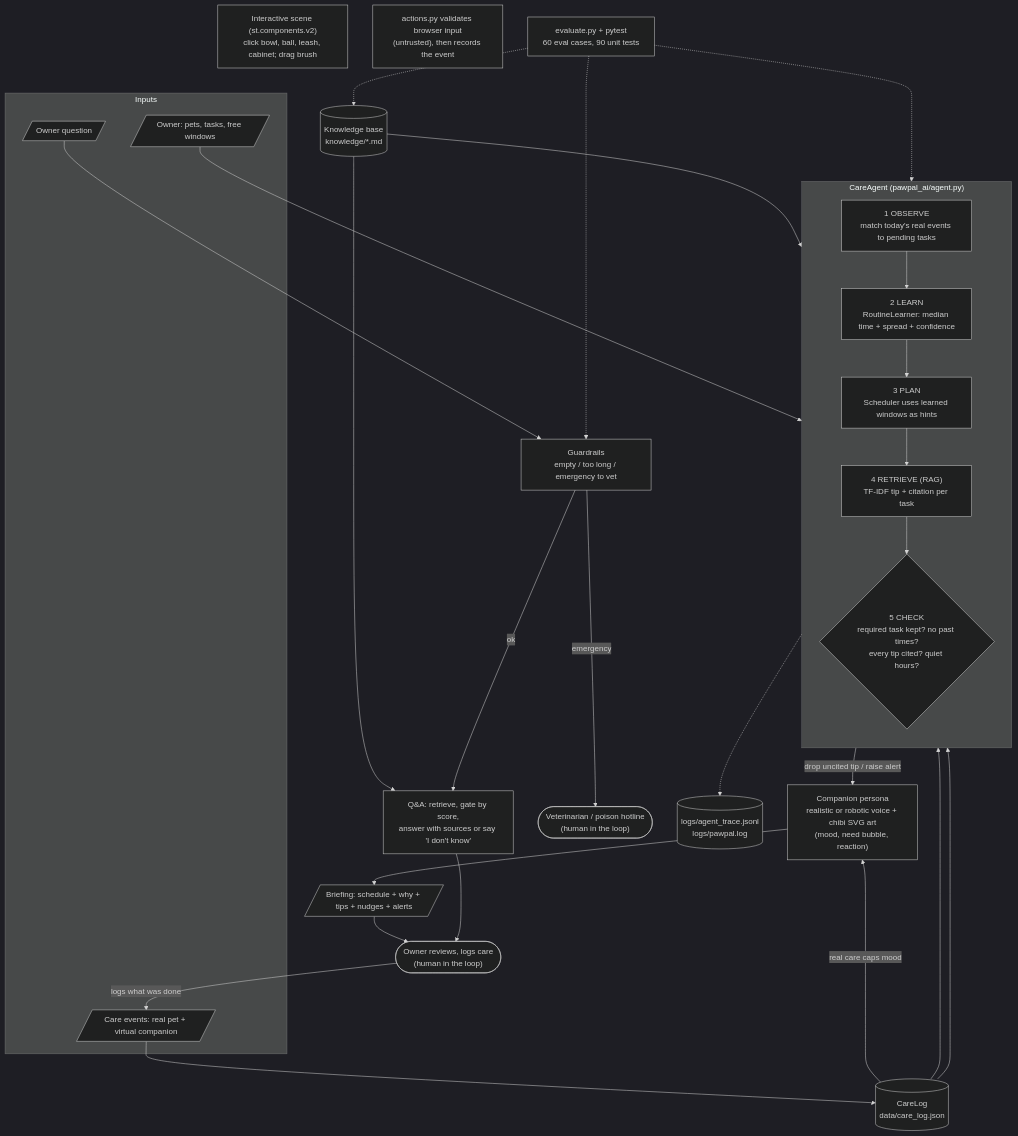
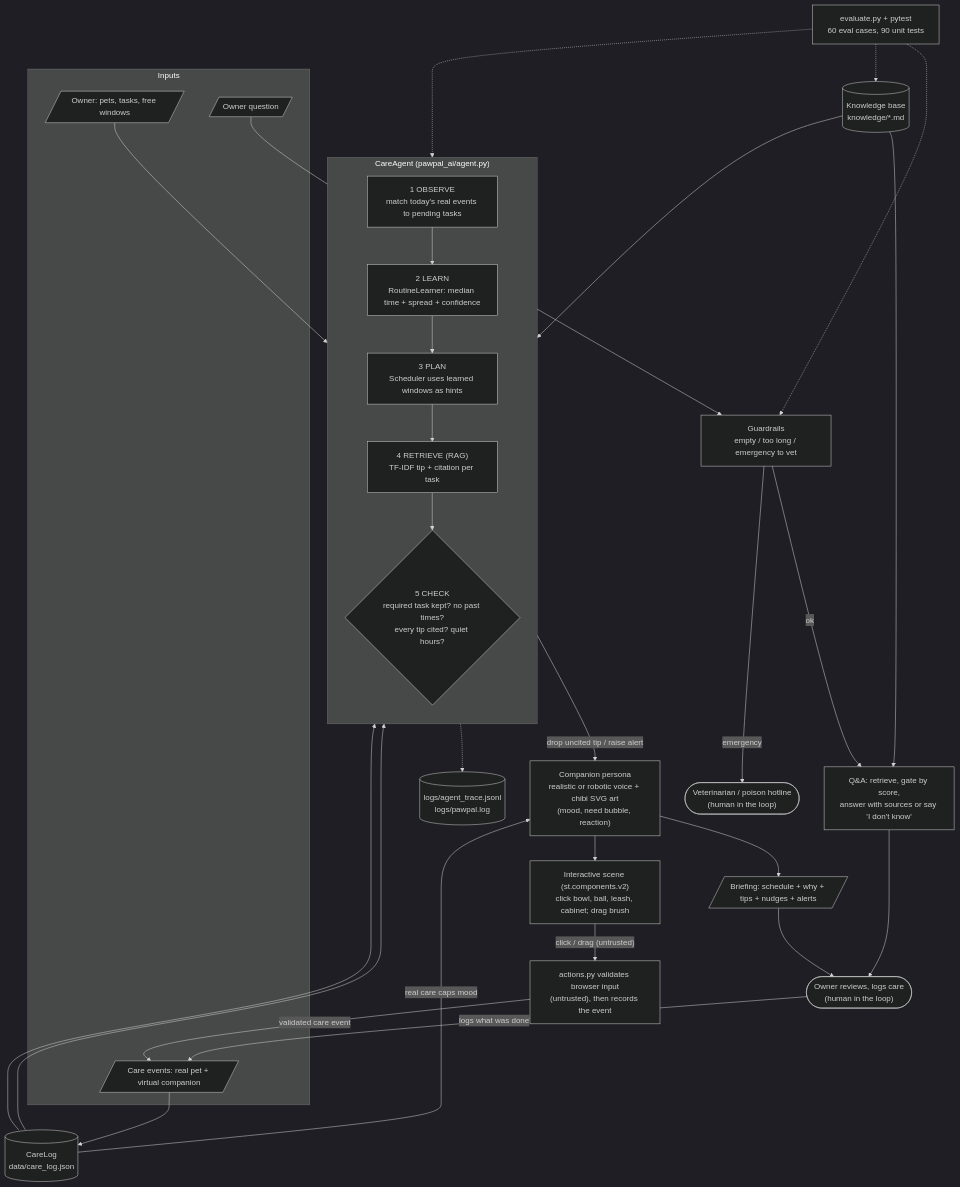
One commit to KJhenelle/applied-ai-system-project changed the diagram in diagrams/architecture.mmd. Above: the diagram before and after it, drawn with Mermaid (dark theme). The commit also changed 1 other file, not shown here.

Commit message:
Fix architecture diagram: connect interactive scene and action validator to the care log

```diff
--- a/diagrams/architecture.mmd
+++ b/diagrams/architecture.mmd
@@ -1,48 +1,51 @@
 flowchart TD
     subgraph Inputs
         OWNER[/"Owner: pets, tasks, free windows"/]
         EVENTS[/"Care events: real pet + virtual companion"/]
         QUESTION[/"Owner question"/]
     end
 
     LOG[("CareLog<br/>data/care_log.json")]
     KB[("Knowledge base<br/>knowledge/*.md")]
 
     subgraph Agent["CareAgent  (pawpal_ai/agent.py)"]
         direction TB
         OBS["1 OBSERVE<br/>match today's real events to pending tasks"]
         LEARN["2 LEARN<br/>RoutineLearner: median time + spread + confidence"]
         PLAN["3 PLAN<br/>Scheduler uses learned windows as hints"]
         RET["4 RETRIEVE (RAG)<br/>TF-IDF tip + citation per task"]
         CHECK{"5 CHECK<br/>required task kept? no past times?<br/>every tip cited? quiet hours?"}
         OBS --> LEARN --> PLAN --> RET --> CHECK
     end
 
     GUARD["Guardrails<br/>empty / too long / emergency to vet"]
     ASK["Q&A: retrieve, gate by score,<br/>answer with sources or say 'I don't know'"]
 
     COMP["Companion persona<br/>realistic or robotic voice + chibi SVG art<br/>(mood, need bubble, reaction)"]
     OUT[/"Briefing: schedule + why + tips + nudges + alerts"/]
     VET(["Veterinarian / poison hotline<br/>(human in the loop)"])
     STAGE["Interactive scene (st.components.v2)<br/>click bowl, ball, leash, cabinet; drag brush"]
     ACT["actions.py validates browser input<br/>(untrusted), then records the event"]
     OWNERCHECK(["Owner reviews, logs care<br/>(human in the loop)"])
     TRACE[("logs/agent_trace.jsonl<br/>logs/pawpal.log")]
     EVAL["evaluate.py + pytest<br/>60 eval cases, 90 unit tests"]
 
     OWNER --> OBS
     EVENTS --> LOG --> OBS
     LOG --> LEARN
     KB --> RET
     KB --> ASK
     QUESTION --> GUARD
     GUARD -- "ok" --> ASK
     GUARD -- "emergency" --> VET
     LOG -- "real care caps mood" --> COMP
     CHECK -- "drop uncited tip / raise alert" --> COMP --> OUT --> OWNERCHECK
     ASK --> OWNERCHECK
+    COMP --> STAGE
+    STAGE -- "click / drag (untrusted)" --> ACT
+    ACT -- "validated care event" --> EVENTS
     OWNERCHECK -- "logs what was done" --> EVENTS
     Agent -.-> TRACE
     EVAL -.-> Agent
     EVAL -.-> GUARD
     EVAL -.-> KB
```
